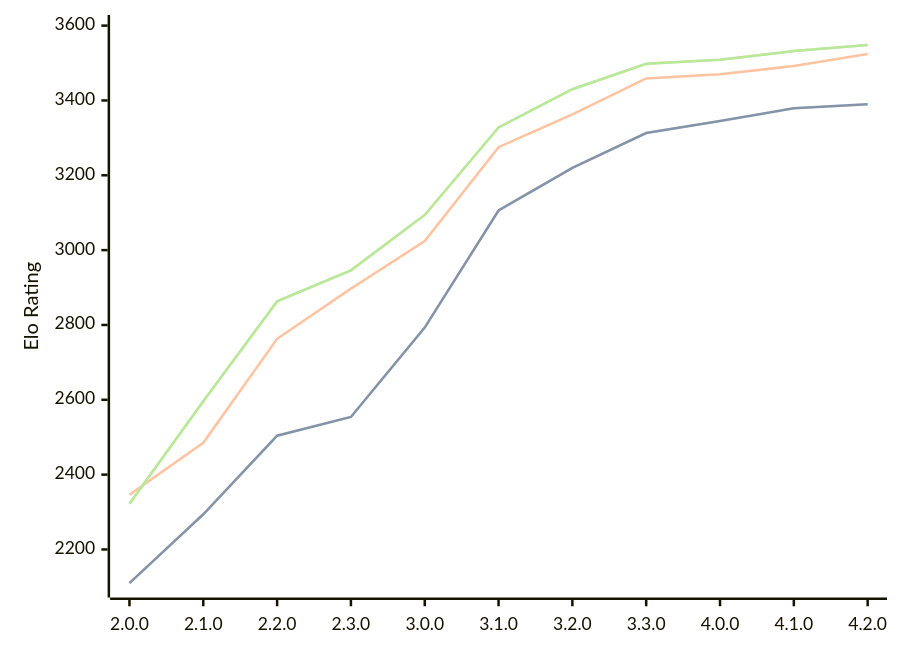
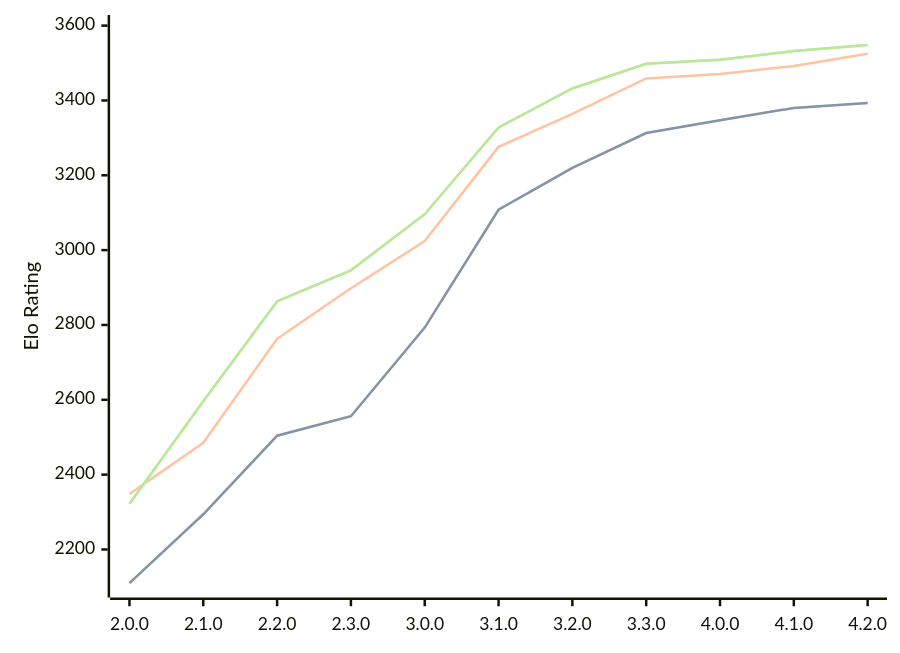
Before and after one commit to computer-chess-index/cci: the diagram in engines/Raphael.md, drawn with Mermaid. The commit also changed other lines of this file, not shown here.

Commit message:
Update CCI Ratings (ELO VLTC) - 2026-07-31

````diff
--- a/engines/Raphael.md
+++ b/engines/Raphael.md
@@ -53,11 +53,11 @@
 ```mermaid
 %%{init: {"theme":"base","themeVariables":{"seriesColors:['#a3a3a3','#222221','#faa371']}}}%%
 xychart-beta
   x-axis ["2.0.0", "2.1.0", "2.2.0", "2.3.0", "3.0.0", "3.1.0", "3.2.0", "3.3.0", "4.0.0", "4.1.0", "4.2.0"]
   y-axis "Elo Rating" 2100 --> 3600
-  line "STC (8.0+0.08s)" [2110, 2294, 2504, 2554, 2793, 3106, 3220, 3313, 3345, 3379, 3390]
-  line "STC (8.0+0.08s)" [2110, 2294, 2504, 2554, 2793, 3106, 3220, 3313, 3345, 3379, 3390]
-  line "LTC (60.0+0.60s)" [2346, 2485, 2763, 2897, 3024, 3275, 3363, 3459, 3470, 3492, 3524]
-  line "VLTC (2m24s+1.12s)" [2322, 2596, 2863, 2946, 3094, 3328, 3430, 3498, 3509, 3532, 3548]
-  line "VLTC (2m24s+1.12s)" [2322, 2596, 2863, 2946, 3094, 3328, 3430, 3498, 3509, 3532, 3548]
+  line "STC (8.0+0.08s)" [2110, 2294, 2504, 2556, 2793, 3108, 3220, 3313, 3347, 3380, 3393]
+  line "STC (8.0+0.08s)" [2110, 2294, 2504, 2556, 2793, 3108, 3220, 3313, 3347, 3380, 3393]
+  line "LTC (60.0+0.60s)" [2348, 2485, 2763, 2898, 3024, 3276, 3364, 3459, 3471, 3492, 3525]
+  line "VLTC (2m24s+1.12s)" [2322, 2596, 2863, 2946, 3096, 3328, 3432, 3498, 3509, 3532, 3548]
+  line "VLTC (2m24s+1.12s)" [2322, 2596, 2863, 2946, 3096, 3328, 3432, 3498, 3509, 3532, 3548]
 ```
````
